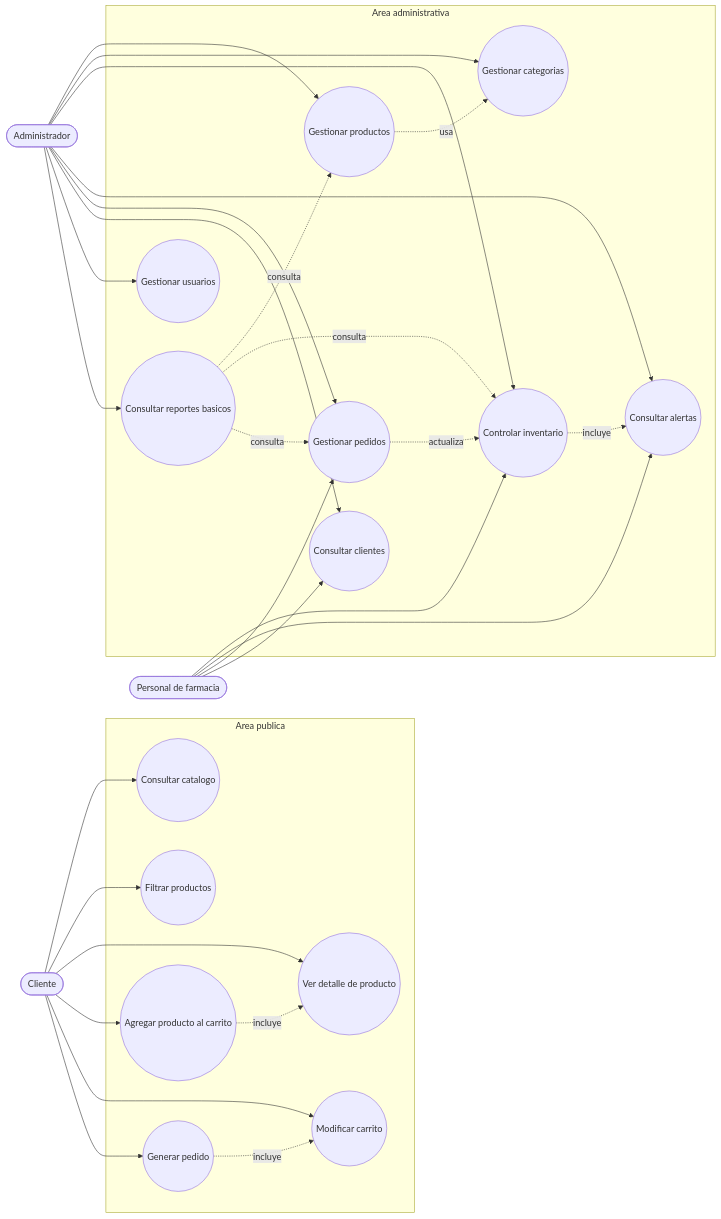
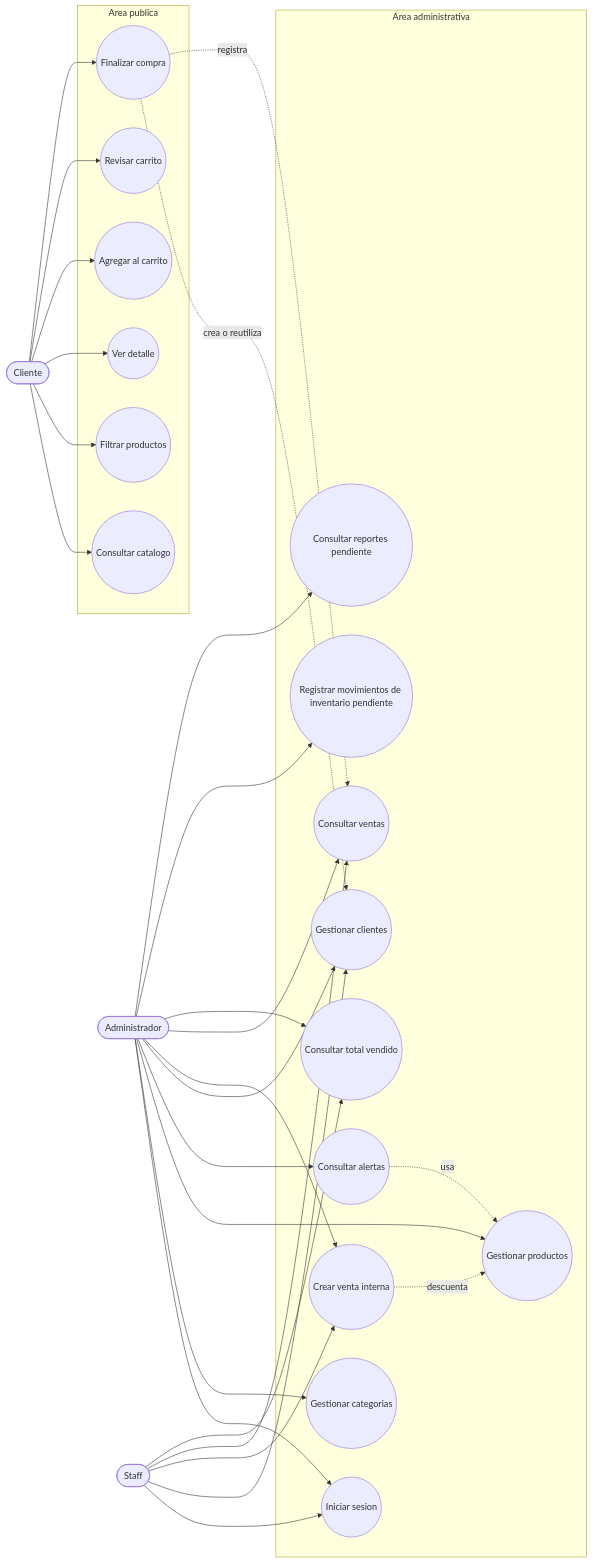
Before and after one commit to kleyderBackend/farmagest-vital: the diagram in docs/diagrama-casos-uso.md, drawn with Mermaid. The commit also changed other lines of this file and 21 other files, not shown here.

````diff
--- a/docs/diagrama-casos-uso.md
+++ b/docs/diagrama-casos-uso.md
@@ -21,56 +19,57 @@
 ```mermaid
 flowchart LR
     Cliente([Cliente])
     Admin([Administrador])
-    Personal([Personal de farmacia])
+    Staff([Staff])
 
     subgraph Publico["Area publica"]
         UC01((Consultar catalogo))
         UC02((Filtrar productos))
-        UC03((Ver detalle de producto))
-        UC04((Agregar producto al carrito))
-        UC05((Modificar carrito))
-        UC06((Generar pedido))
+        UC03((Ver detalle))
+        UC04((Agregar al carrito))
+        UC05((Revisar carrito))
+        UC06((Finalizar compra))
     end
 
-    subgraph Administrativo["Area administrativa"]
-        UC07((Gestionar productos))
+    subgraph AdminArea["Area administrativa"]
+        UC07((Iniciar sesion))
         UC08((Gestionar categorias))
-        UC09((Controlar inventario))
+        UC09((Gestionar productos))
         UC10((Consultar alertas))
-        UC11((Gestionar pedidos))
-        UC12((Consultar clientes))
-        UC13((Gestionar usuarios))
-        UC14((Consultar reportes basicos))
+        UC11((Gestionar clientes))
+        UC12((Crear venta interna))
+        UC13((Consultar ventas))
+        UC14((Consultar total vendido))
+        UC15((Registrar movimientos de inventario pendiente))
+        UC16((Consultar reportes pendiente))
     end
 
     Cliente --> UC01
     Cliente --> UC02
     Cliente --> UC03
     Cliente --> UC04
     Cliente --> UC05
     Cliente --> UC06
 
     Admin --> UC07
     Admin --> UC08
     Admin --> UC09
     Admin --> UC10
     Admin --> UC11
     Admin --> UC12
     Admin --> UC13
     Admin --> UC14
+    Admin --> UC15
+    Admin --> UC16
 
-    Personal --> UC09
-    Personal --> UC10
-    Personal --> UC11
-    Personal --> UC12
+    Staff --> UC07
+    Staff --> UC11
+    Staff --> UC12
+    Staff --> UC13
+    Staff --> UC14
 
-    UC04 -. incluye .-> UC03
-    UC06 -. incluye .-> UC05
-    UC07 -. usa .-> UC08
-    UC09 -. incluye .-> UC10
-    UC11 -. actualiza .-> UC09
-    UC14 -. consulta .-> UC07
-    UC14 -. consulta .-> UC09
-    UC14 -. consulta .-> UC11
+    UC06 -. crea o reutiliza .-> UC11
+    UC06 -. registra .-> UC13
+    UC12 -. descuenta .-> UC09
+    UC10 -. usa .-> UC09
 ```
````
